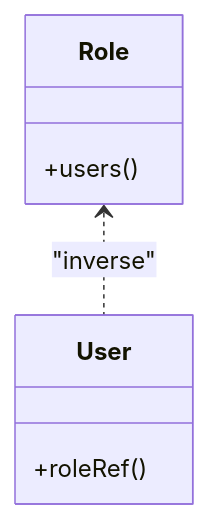
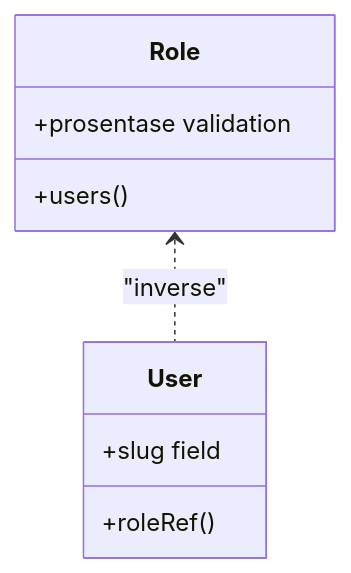
Before and after one commit to rudicatsmile/assesment360: the fourth of 7 diagrams in .qoder/repowiki/en/content/Data Models & Database Schema/Core Entities.md, drawn with Mermaid. The commit also changed other lines of this file and 10 other files, not shown here.

First line of the commit message:
feat(auth): enhance user model with slug and prosentase fields

````diff
--- a/.qoder/repowiki/en/content/Data Models & Database Schema/Core Entities.md
+++ b/.qoder/repowiki/en/content/Data Models & Database Schema/Core Entities.md
@@ -244,10 +277,12 @@
 ```mermaid
 classDiagram
 class Role {
 +users()
++prosentase validation
 }
 class User {
 +roleRef()
++slug field
 }
 Role <.. User : "inverse"
 ```
````
